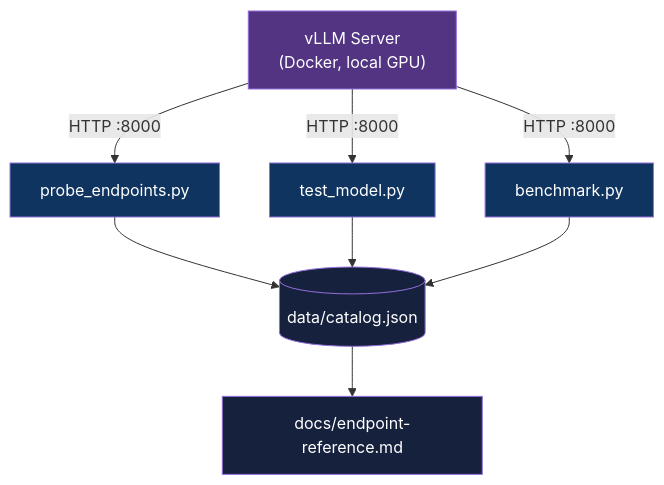
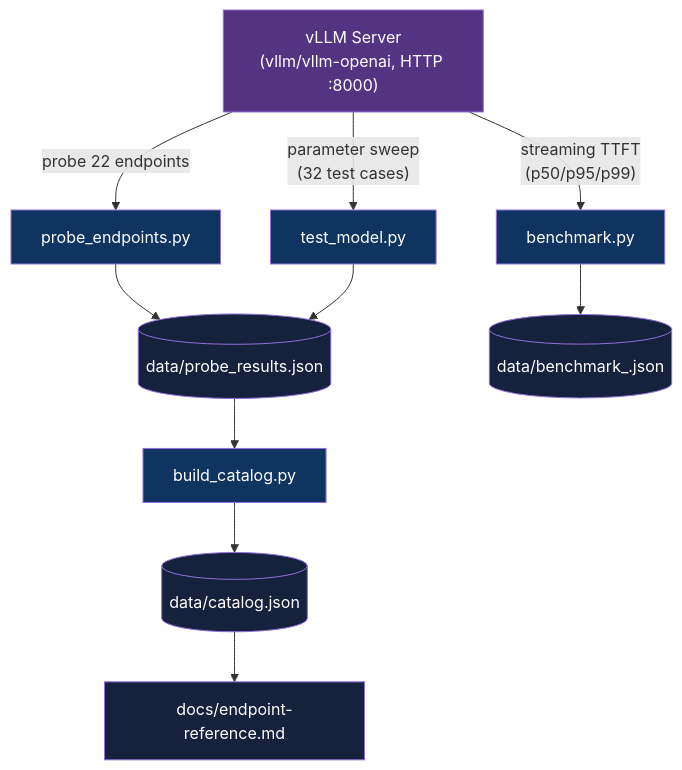
Before and after one commit to adityonugrohoid/vllm-explorer: the diagram in README.md, drawn with Mermaid. The commit also changed other lines of this file and 2 other files, not shown here.

````diff
--- a/README.md
+++ b/README.md
@@ -47,17 +65,22 @@
 ```mermaid
 graph TD
-    A["vLLM Server\n(Docker, local GPU)"] -- "HTTP :8000" --> B["probe_endpoints.py"]
-    A -- "HTTP :8000" --> C["test_model.py"]
-    A -- "HTTP :8000" --> D["benchmark.py"]
-    B --> E[("data/catalog.json")]
+    A["vLLM Server\n(vllm/vllm-openai, HTTP :8000)"] -- "probe 22 endpoints" --> B["probe_endpoints.py"]
+    A -- "parameter sweep\n(32 test cases)" --> C["test_model.py"]
+    A -- "streaming TTFT\n(p50/p95/p99)" --> D["benchmark.py"]
+    B --> E[("data/probe_results.json")]
     C --> E
-    D --> E
-    E --> F["docs/endpoint-reference.md"]
+    D --> F[("data/benchmark_<model>.json")]
+    E --> G["build_catalog.py"]
+    G --> H[("data/catalog.json")]
+    H --> I["docs/endpoint-reference.md"]
 
     style A fill:#533483,color:#fff
     style B fill:#0f3460,color:#fff
     style C fill:#0f3460,color:#fff
     style D fill:#0f3460,color:#fff
     style E fill:#16213e,color:#fff
     style F fill:#16213e,color:#fff
+    style G fill:#0f3460,color:#fff
+    style H fill:#16213e,color:#fff
+    style I fill:#16213e,color:#fff
 ```
````
